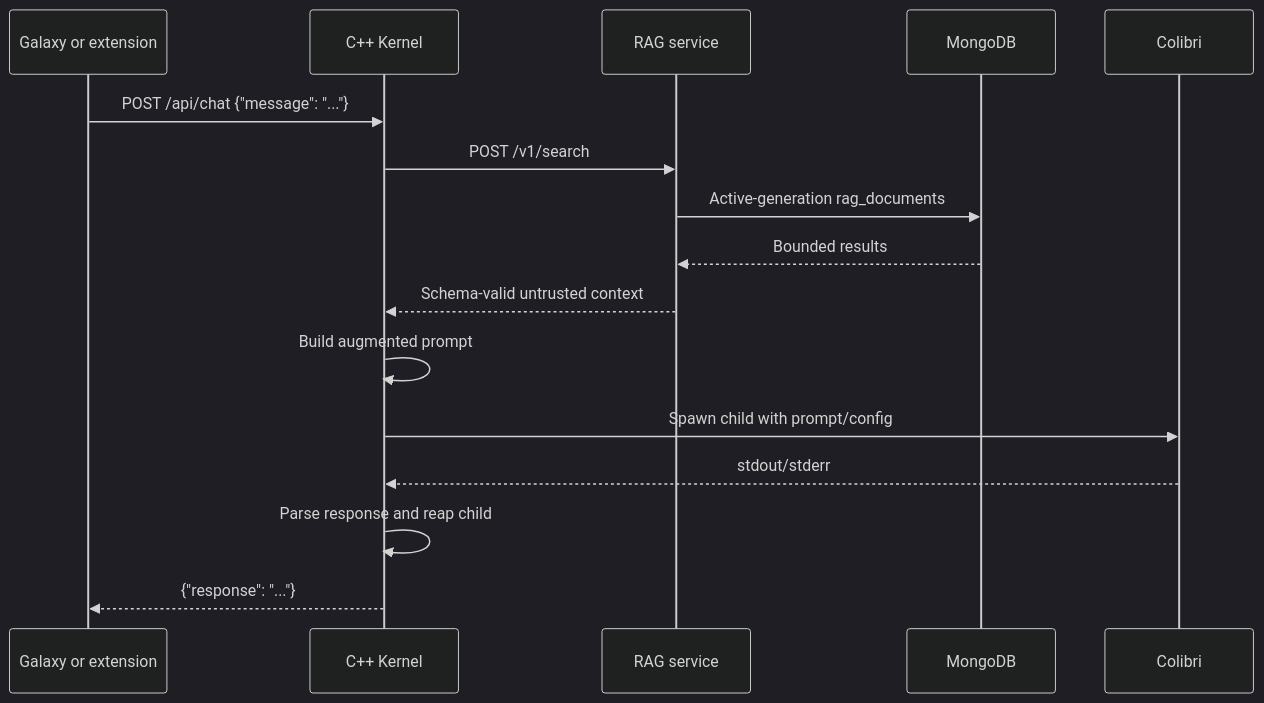
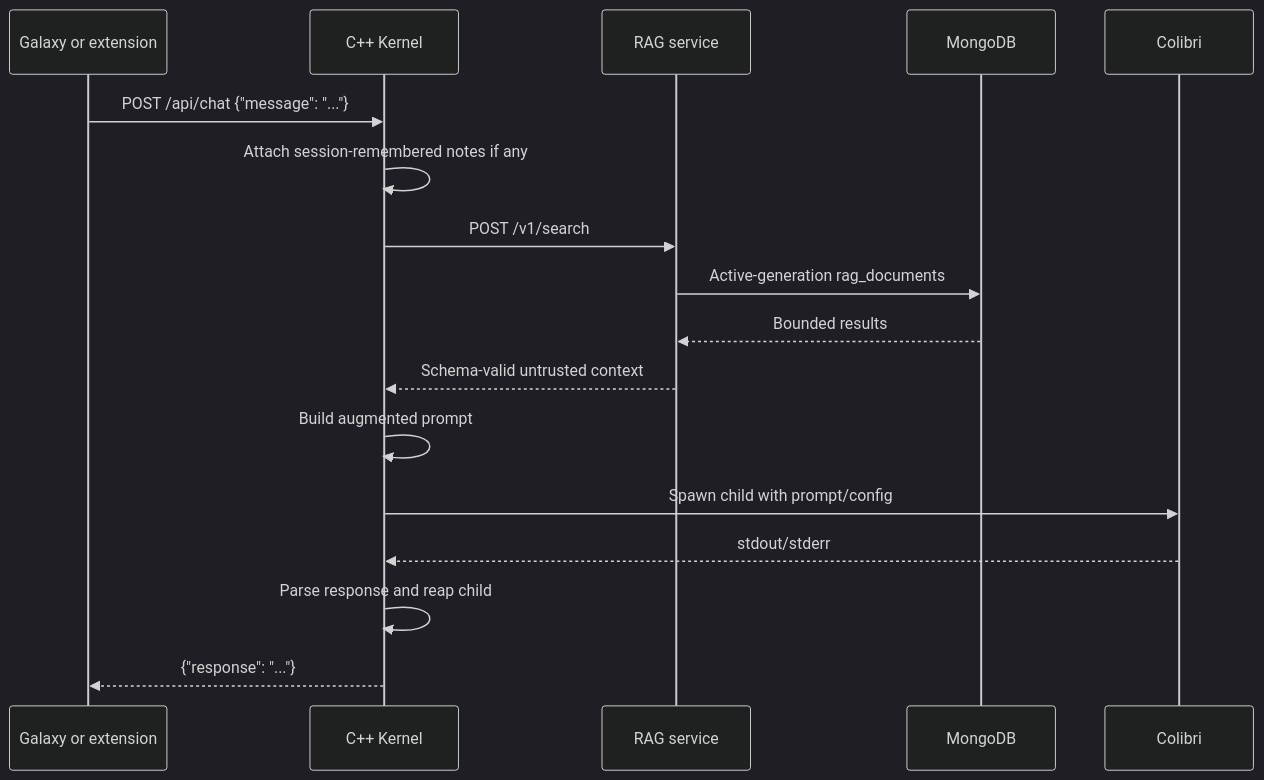
The second of 5 diagrams in ARCHITECTURE.md (usrname1git/GodBrain), drawn with Mermaid (dark theme) before and after one commit. The commit also changed other lines of this file and 24 other files, not shown here.

````diff
--- a/ARCHITECTURE.md
+++ b/ARCHITECTURE.md
@@ -205,19 +221,20 @@
 ```mermaid
 sequenceDiagram
     participant U as Galaxy or extension
     participant K as C++ Kernel
     participant R as RAG service
     participant M as MongoDB
     participant C as Colibri
 
     U->>K: POST /api/chat {"message": "..."}
+    K->>K: Attach session-remembered notes if any
     K->>R: POST /v1/search
     R->>M: Active-generation rag_documents
     M-->>R: Bounded results
     R-->>K: Schema-valid untrusted context
     K->>K: Build augmented prompt
     K->>C: Spawn child with prompt/config
     C-->>K: stdout/stderr
     K->>K: Parse response and reap child
     K-->>U: {"response": "..."}
 ```
````
